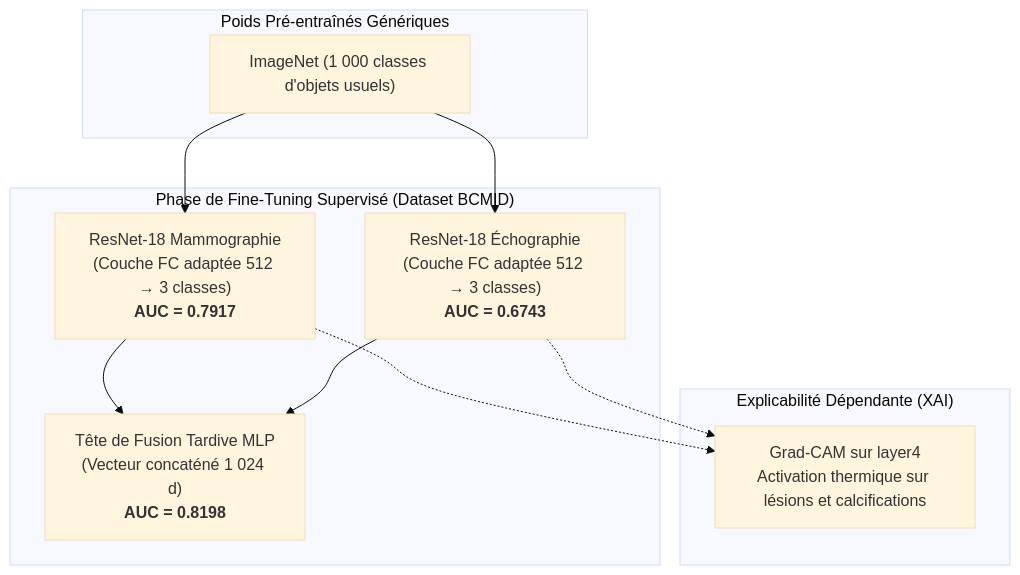
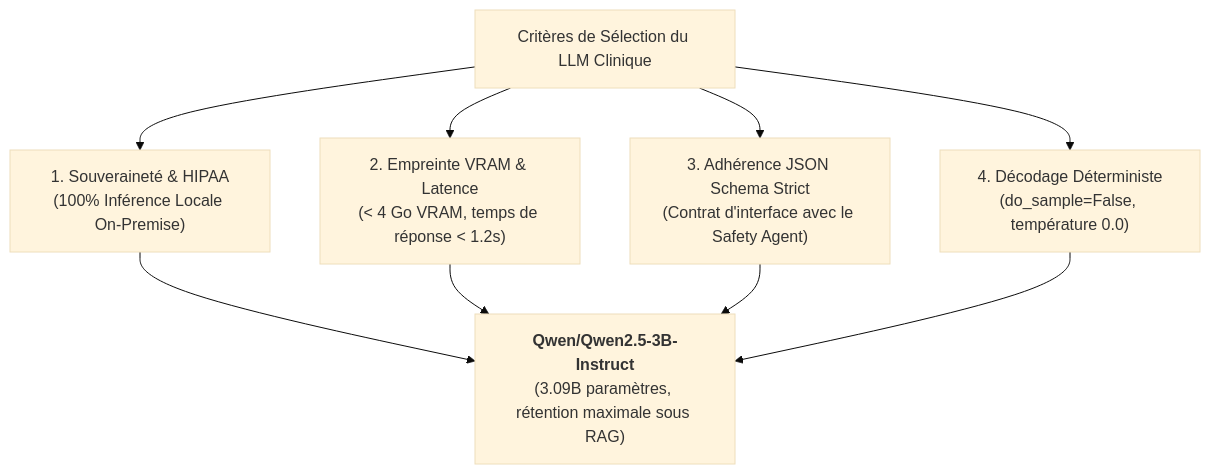
One commit to AhmedFekih/bcmid-multimodal-medical-ai changed the first of 3 diagrams in BCMID_Rapport_Agents_FineTuning.md. Above: the diagram before and after it, drawn with Mermaid (base theme). The commit also changed other lines of this file and 2 other files, not shown here.

Commit message:
feat(report): enrich specialized report with LLM choices, vision architectures, multimodal fusion rationale and methodology

````diff
--- a/BCMID_Rapport_Agents_FineTuning.md
+++ b/BCMID_Rapport_Agents_FineTuning.md
@@ -13,23 +13,10 @@
 ```mermaid
 flowchart TD
-    subgraph Pretrained["Poids Pré-entraînés Génériques"]
-        IM["ImageNet (1 000 classes d'objets usuels)"]
-    end
-
-    subgraph FineTuning["Phase de Fine-Tuning Supervisé (Dataset BCMID)"]
-        R_Mammo["ResNet-18 Mammographie<br/>(Couche FC adaptée 512 → 3 classes)<br/><b>AUC = 0.7917</b>"]
-        R_US["ResNet-18 Échographie<br/>(Couche FC adaptée 512 → 3 classes)<br/><b>AUC = 0.6743</b>"]
-        Fusion["Tête de Fusion Tardive MLP<br/>(Vecteur concaténé 1 024 d)<br/><b>AUC = 0.8198</b>"]
-    end
-
-    subgraph Explainability["Explicabilité Dépendante (XAI)"]
-        GCAM["Grad-CAM sur layer4<br/>Activation thermique sur lésions et calcifications"]
-    end
-
-    IM --> R_Mammo
-    IM --> R_US
-    R_Mammo --> Fusion
-    R_US --> Fusion
-    R_Mammo -.-> GCAM
-    R_US -.-> GCAM
+    LLM_Eval["Critères de Sélection du LLM Clinique"]
+    LLM_Eval --> C1["1. Souveraineté & HIPAA<br/>(100% Inférence Locale On-Premise)"]
+    LLM_Eval --> C2["2. Empreinte VRAM & Latence<br/>(< 4 Go VRAM, temps de réponse < 1.2s)"]
+    LLM_Eval --> C3["3. Adhérence JSON Schema Strict<br/>(Contrat d'interface avec le Safety Agent)"]
+    LLM_Eval --> C4["4. Décodage Déterministe<br/>(do_sample=False, température 0.0)"]
+    
+    C1 & C2 & C3 & C4 --> Chosen["<b>Qwen/Qwen2.5-3B-Instruct</b><br/>(3.09B paramètres, rétention maximale sous RAG)"]
 ```
````
